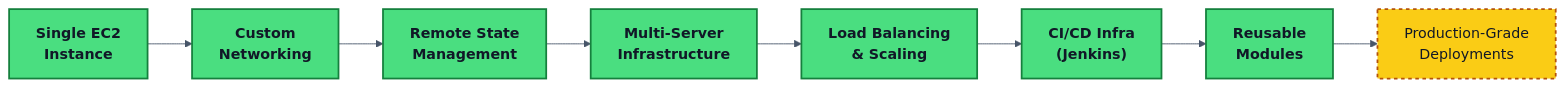
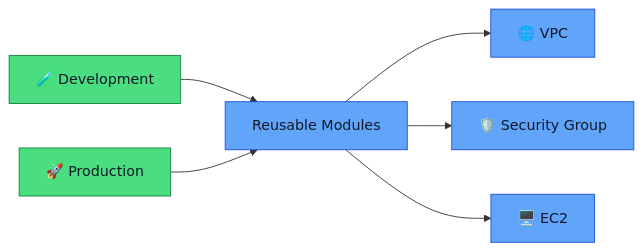
One commit to anshu-sharma-devops/key-learning-of-cloud-and-devops changed the fourth of 4 diagrams in 01-terraform/README.md. Above: the diagram before and after it, drawn with Mermaid. The commit also changed other lines of this file, not shown here.

````diff
--- a/01-terraform/README.md
+++ b/01-terraform/README.md
@@ -380,24 +385,19 @@
 ```mermaid
-%%{init:{
-"theme":"base",
-"themeVariables":{
-"primaryTextColor":"#111827",
-"lineColor":"#475569",
-"background":"transparent"
-}}}%%
+flowchart LR
 
-flowchart LR
-    A["Single EC2<br/>Instance"] --> B["Custom<br/>Networking"]
-    B --> C["Remote State<br/>Management"]
-    C --> D["Multi-Server<br/>Infrastructure"]
-    D --> E["Load Balancing<br/>& Scaling"]
-    E --> F["CI/CD Infra<br/>(Jenkins)"]
-    F --> G["Reusable<br/>Modules"]
-    G --> H["Production-Grade<br/>Deployments"]
+DEV["🧪 Development"]
+PROD["🚀 Production"]
 
-    classDef done fill:#4ADE80,stroke:#15803D,color:#111827,stroke-width:2px,font-weight:bold;
-    classDef current fill:#FCD34D,stroke:#B45309,color:#111827,stroke-width:2px,font-weight:bold;
-    classDef next fill:#FACC15,stroke:#B45309,color:#111827,stroke-width:2px,stroke-dasharray: 4 4;
-    class A,B,C,D,E,F,G done;
-    class H next;
+DEV --> MOD["Reusable Modules"]
+PROD --> MOD
+
+MOD --> VPC["🌐 VPC"]
+MOD --> SG["🛡️ Security Group"]
+MOD --> EC2["🖥️ EC2"]
+
+classDef env fill:#4ADE80,stroke:#15803D,color:#111827
+classDef module fill:#60A5FA,stroke:#1D4ED8,color:#111827
+
+class DEV,PROD env
+class MOD,VPC,SG,EC2 module
 ```
````
